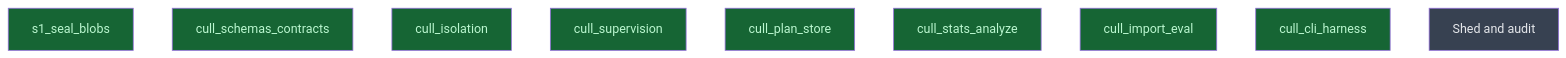
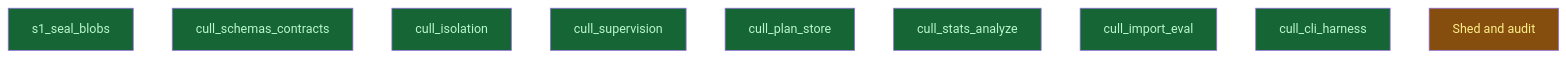
Before and after one commit to CrackingShells/Candler: the diagram in __roadmap__/diet/README.md, drawn with Mermaid. The commit also changed other lines of this file and 1 other file, not shown here.

Commit message:
rdm(api): mark e2e_audit and shed_dead_dup done, silent in progress

````diff
--- a/__roadmap__/diet/README.md
+++ b/__roadmap__/diet/README.md
@@ -21,17 +21,17 @@
 ```mermaid
 graph TD
     s1_seal_blobs[s1_seal_blobs]:::done
     cull_schemas_contracts[cull_schemas_contracts]:::done
     cull_isolation[cull_isolation]:::done
     cull_supervision[cull_supervision]:::done
     cull_plan_store[cull_plan_store]:::done
     cull_stats_analyze[cull_stats_analyze]:::done
     cull_import_eval[cull_import_eval]:::done
     cull_cli_harness[cull_cli_harness]:::done
-    shed[Shed and audit]:::planned
+    shed[Shed and audit]:::inprogress
     classDef done       fill:#166534,color:#bbf7d0
     classDef inprogress fill:#854d0e,color:#fef08a
     classDef planned    fill:#374151,color:#e5e7eb
     classDef amendment  fill:#1e3a5f,color:#bfdbfe
     classDef blocked    fill:#7f1d1d,color:#fecaca
 ```
````
